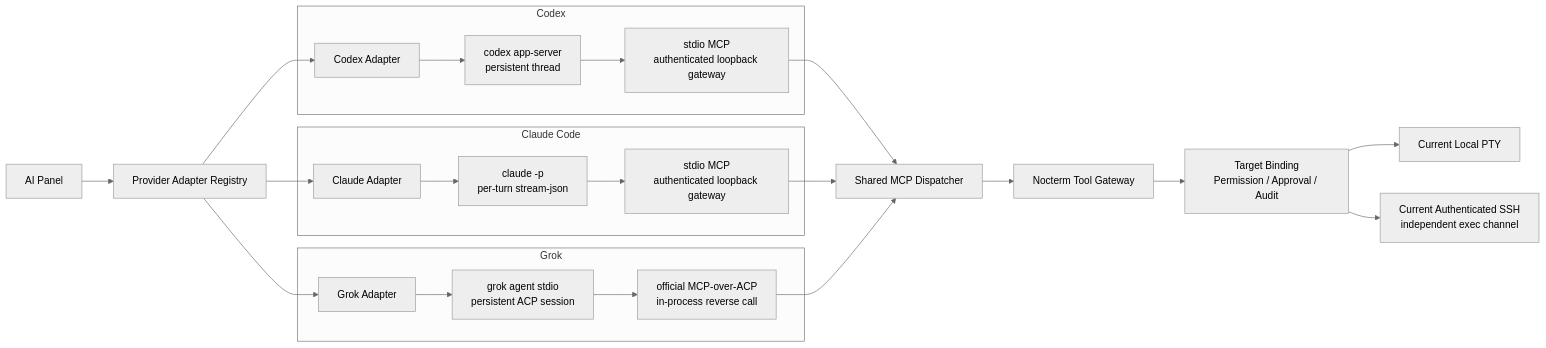
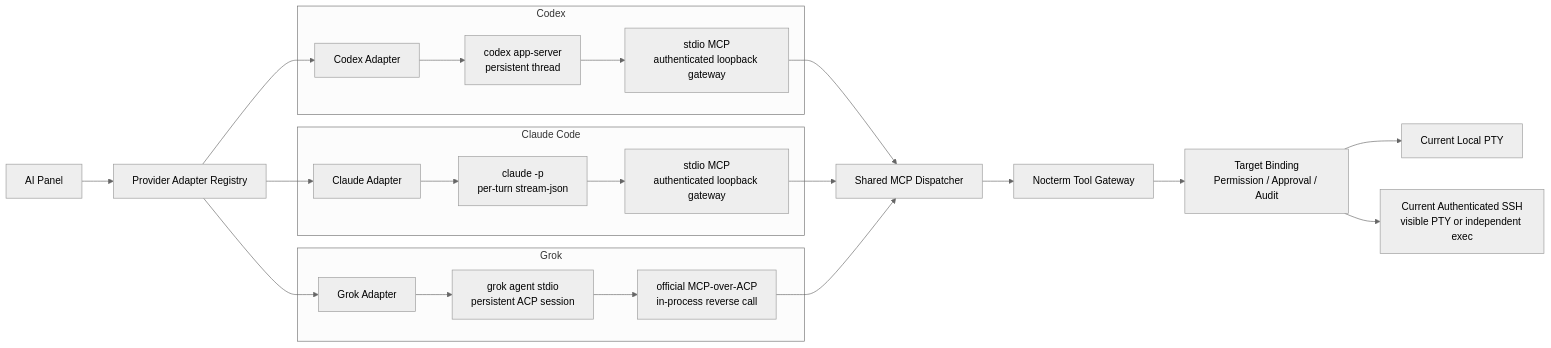
Before and after one commit to slightlee/nocterm: the third of 4 diagrams in docs/technical-architecture.md, drawn with Mermaid (neutral theme). The commit also changed other lines of this file and 72 other files, not shown here.

First line of the commit message:
feat: enable SSH visible AI execution by default (#110)

````diff
--- a/docs/technical-architecture.md
+++ b/docs/technical-architecture.md
@@ -218,43 +218,43 @@
 ```mermaid
 flowchart LR
     PANEL["AI Panel"]
     REGISTRY["Provider Adapter Registry"]
 
     subgraph CodexLane["Codex"]
         CODEX_ADAPTER["Codex Adapter"]
         CODEX_SERVER["codex app-server<br/>persistent thread"]
         CODEX_MCP["stdio MCP<br/>authenticated loopback gateway"]
         CODEX_ADAPTER --> CODEX_SERVER --> CODEX_MCP
     end
 
     subgraph ClaudeLane["Claude Code"]
         CLAUDE_ADAPTER["Claude Adapter"]
         CLAUDE_PROCESS["claude -p<br/>per-turn stream-json"]
         CLAUDE_MCP["stdio MCP<br/>authenticated loopback gateway"]
         CLAUDE_ADAPTER --> CLAUDE_PROCESS --> CLAUDE_MCP
     end
 
     subgraph GrokLane["Grok"]
         GROK_ADAPTER["Grok Adapter"]
         GROK_AGENT["grok agent stdio<br/>persistent ACP session"]
         GROK_MCP["official MCP-over-ACP<br/>in-process reverse call"]
         GROK_ADAPTER --> GROK_AGENT --> GROK_MCP
     end
 
     DISPATCHER["Shared MCP Dispatcher"]
     GATEWAY["Nocterm Tool Gateway"]
     POLICY["Target Binding<br/>Permission / Approval / Audit"]
     LOCAL["Current Local PTY"]
-    REMOTE["Current Authenticated SSH<br/>independent exec channel"]
+    REMOTE["Current Authenticated SSH<br/>visible PTY or independent exec"]
 
     PANEL --> REGISTRY
     REGISTRY --> CODEX_ADAPTER
     REGISTRY --> CLAUDE_ADAPTER
     REGISTRY --> GROK_ADAPTER
     CODEX_MCP --> DISPATCHER
     CLAUDE_MCP --> DISPATCHER
     GROK_MCP --> DISPATCHER
     DISPATCHER --> GATEWAY --> POLICY
     POLICY --> LOCAL
     POLICY --> REMOTE
 ```
````
